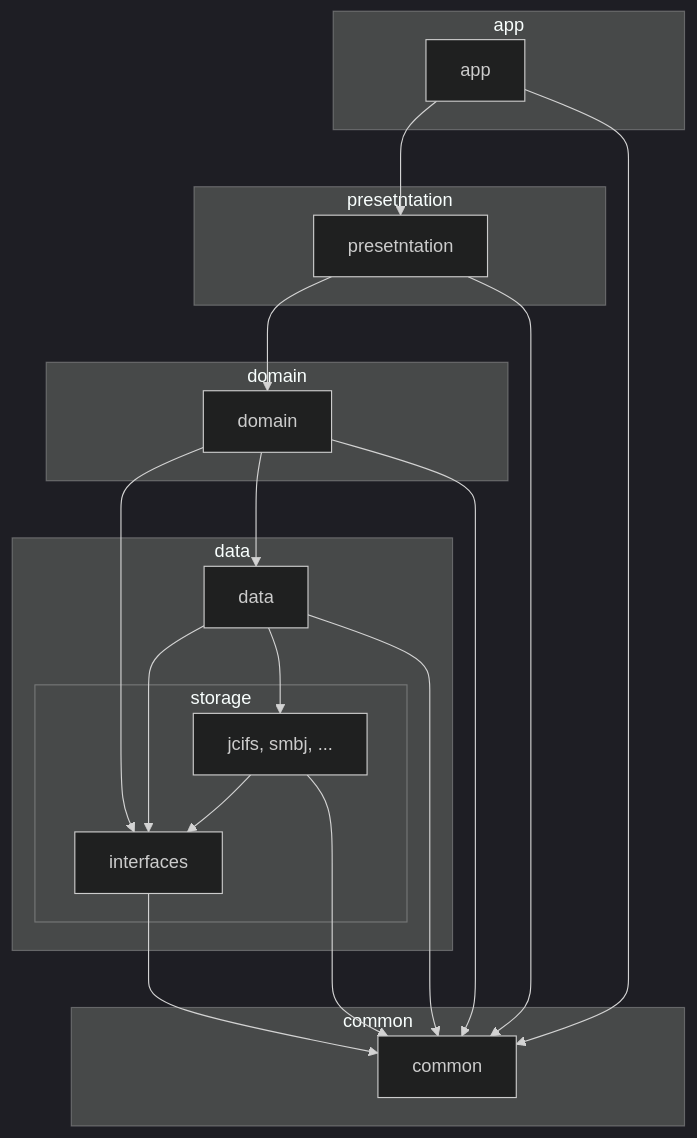
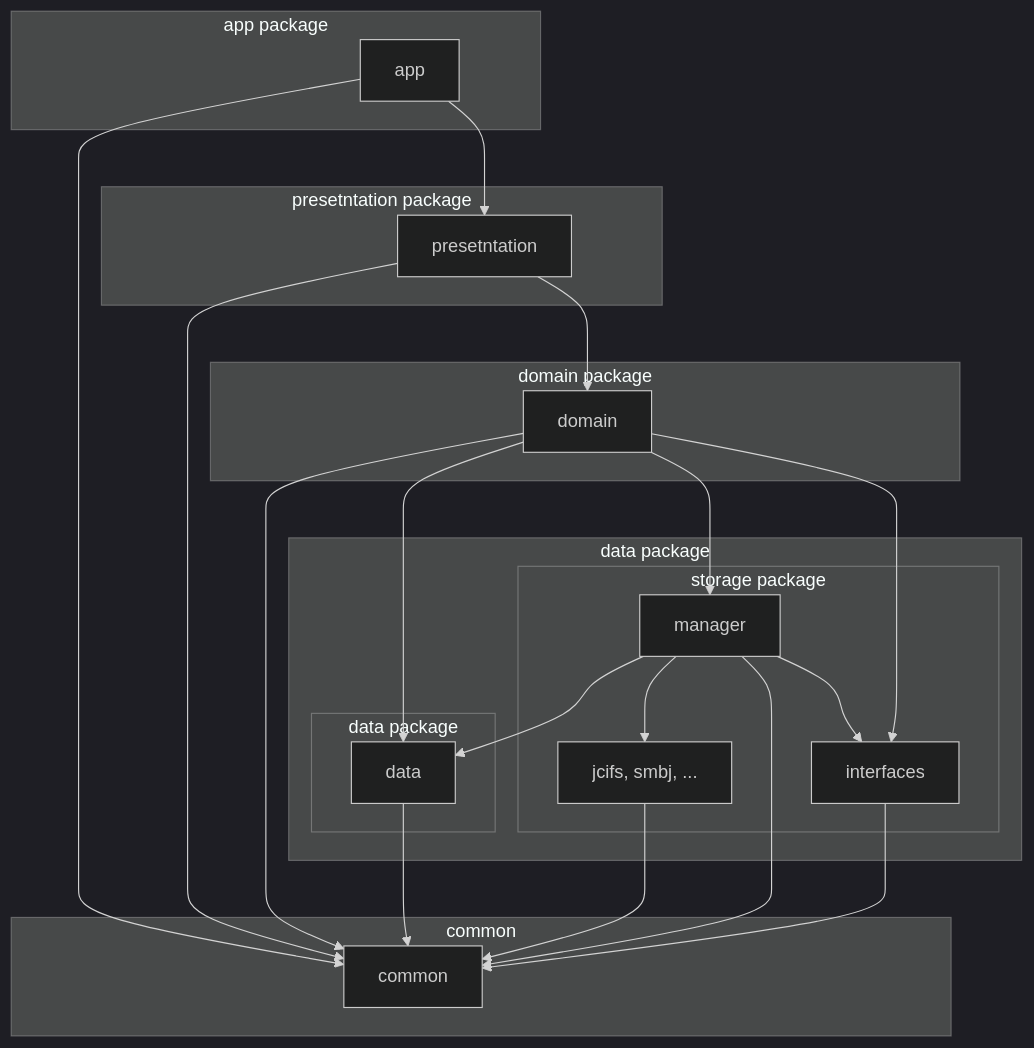
The diagram in README.md (wa2c/cifs-documents-provider), drawn with Mermaid (dark theme) before and after one commit.

Commit message:
fix: README.md

````diff
--- a/README.md
+++ b/README.md
@@ -30,40 +30,52 @@
 ```mermaid
 graph TD
 
-subgraph "app"
+subgraph "app package"
   app_module[app]
 end
 
-subgraph "presetntation"
+subgraph "presetntation package"
   presetntation_module[presetntation]
+
   app_module --> presetntation_module
 end
 
-subgraph "domain"
+subgraph "domain package"
   domain_module[domain]
+
   presetntation_module --> domain_module
 end
  
-subgraph "data"
-  subgraph "storage"
+subgraph "data package"
+  subgraph "storage package"
+    data_storage_manager[manager]
     data_storage_modules[jcifs, smbj, ...]
     data_storage_interfaces_module[interfaces]
-    data_storage_modules --> data_storage_interfaces_module
+
+    data_storage_manager --> data_storage_modules
+    data_storage_manager --> data_storage_interfaces_module
+    domain_module --> data_storage_manager
     domain_module --> data_storage_interfaces_module
   end
-  data_data_module[data]
-  domain_module -->  data_data_module[data]
-  data_data_module --> data_storage_interfaces_module
-  data_data_module --> data_storage_modules
+
+  subgraph "data package"
+    data_data_module[data]
+
+    data_storage_manager --> data_data_module
+    domain_module --> data_data_module
+  end
+
 end
 
 subgraph "common"
   common_module[common]
+
   app_module --> common_module
   presetntation_module --> common_module
   domain_module --> common_module
   data_data_module --> common_module
   data_storage_modules --> common_module
+  data_storage_manager --> common_module
   data_storage_interfaces_module --> common_module
 end
 ```
````
